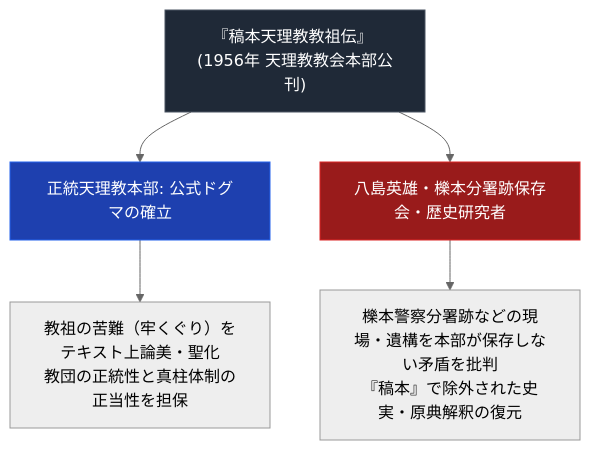
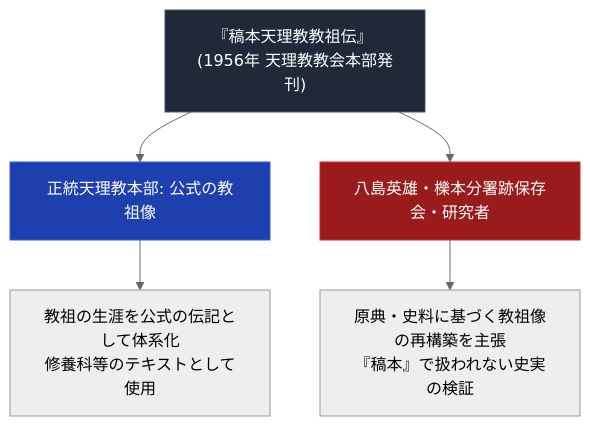
The diagram in content/01_宗派・異端研究/10_概念・原典・事件・拠点/稿本天理教教祖伝.md (iida-masashi/religion-garden), drawn with Mermaid (neutral theme) before and after one commit. The commit also changed other lines of this file and 251 other files, not shown here.

````diff
--- a/content/01_宗派・異端研究/10_概念・原典・事件・拠点/稿本天理教教祖伝.md
+++ b/content/01_宗派・異端研究/10_概念・原典・事件・拠点/稿本天理教教祖伝.md
@@ -23,12 +23,12 @@
 ```mermaid
 graph TD
-    A["<div style='color:#ffffff;'>『稿本天理教教祖伝』 (1956年 天理教教会本部公刊)</div>"] --> B1["<div style='color:#ffffff;'>正統天理教本部: 公式ドグマの確立</div>"]
-    A --> B2["<div style='color:#ffffff;'>八島英雄・櫟本分署跡保存会・歴史研究者</div>"]
-    
-    B1 --> C1["教祖の苦難（牢くぐり）をテキスト上論美・聖化<br>教団の正統性と真柱体制の正当性を担保"]
-    B2 --> C2["櫟本警察分署跡などの現場・遺構を本部が保存しない矛盾を批判<br>『稿本』で除外された史実・原典解釈の復元"]
-    
+    A["<div style='color:#ffffff;'>『稿本天理教教祖伝』 (1956年 天理教教会本部発刊)</div>"] --> B1["<div style='color:#ffffff;'>正統天理教本部: 公式の教祖像</div>"]
+    A --> B2["<div style='color:#ffffff;'>八島英雄・櫟本分署跡保存会・研究者</div>"]
+
+    B1 --> C1["教祖の生涯を公式の伝記として体系化<br>修養科等のテキストとして使用"]
+    B2 --> C2["原典・史料に基づく教祖像の再構築を主張<br>『稿本』で扱われない史実の検証"]
+
     style A fill:#1f2937,stroke:#4b5563,color:#fff
     style B1 fill:#1e40af,stroke:#2563eb,color:#fff
     style B2 fill:#991b1b,stroke:#dc2626,color:#fff
 ```
````
